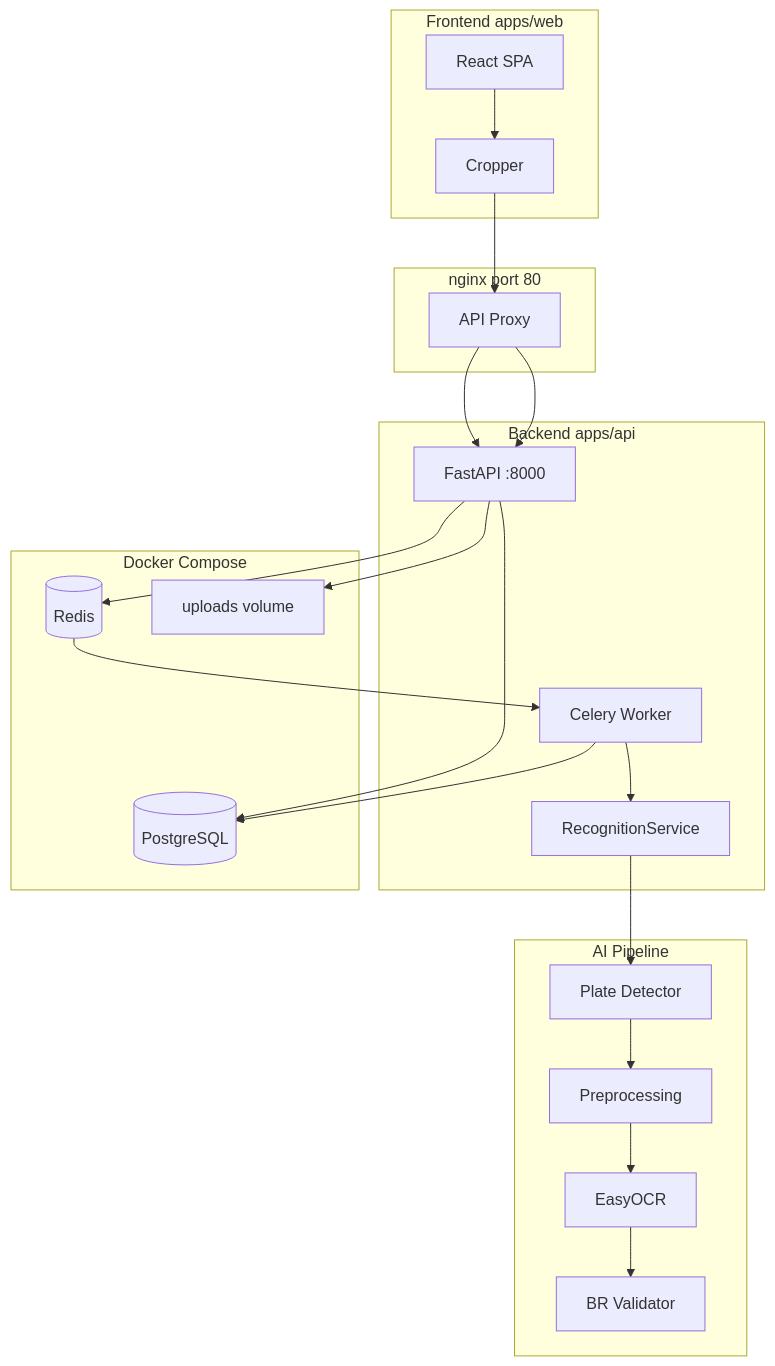
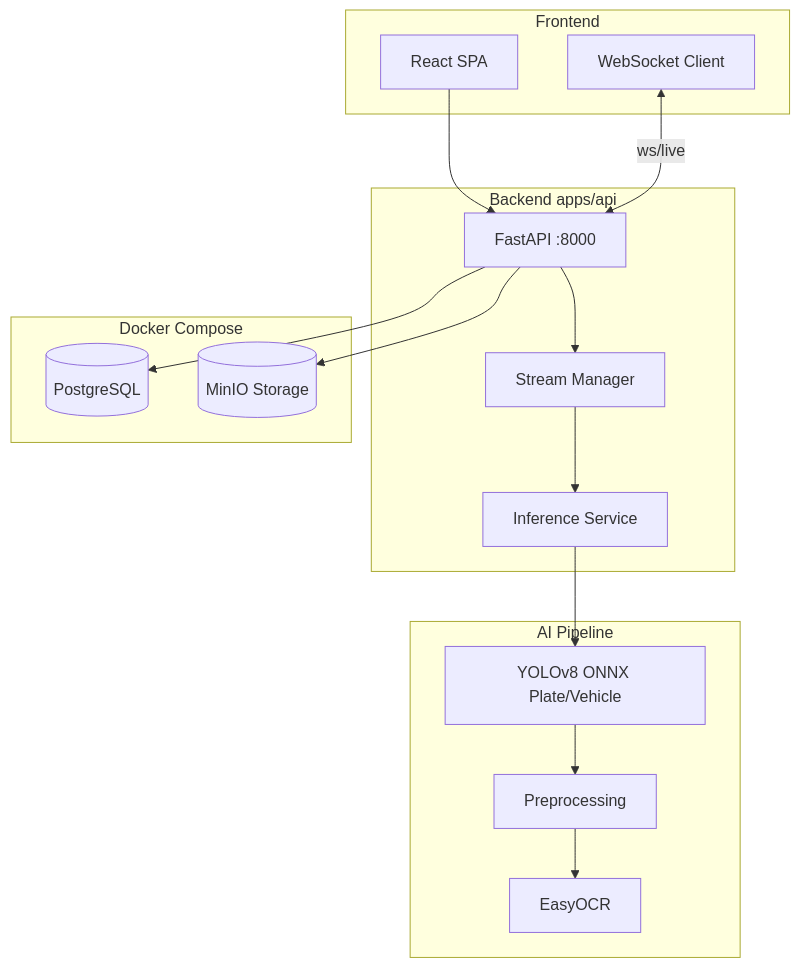
Before and after one commit to UET-121/BTL_AIT2004-2: the first of 2 diagrams in plan/_shared/02-target-architecture.md, drawn with Mermaid. The commit also changed other lines of this file and 89 other files, not shown here.

````diff
--- a/plan/_shared/02-target-architecture.md
+++ b/plan/_shared/02-target-architecture.md
@@ -5,40 +5,32 @@
 ```mermaid
 flowchart TB
-    subgraph client [Frontend apps/web]
+    subgraph client [Frontend]
         UI[React SPA]
-        Crop[Cropper]
-    end
-
-    subgraph gateway [nginx port 80]
-        Proxy[API Proxy]
+        WS[WebSocket Client]
     end
 
     subgraph backend [Backend apps/api]
         API[FastAPI :8000]
-        Worker[Celery Worker]
-        Recog[RecognitionService]
+        Recog[Inference Service]
+        Stream[Stream Manager]
     end
 
     subgraph ml [AI Pipeline]
-        Detect[Plate Detector]
+        Detect[YOLOv8 ONNX Plate/Vehicle]
         Pre[Preprocessing]
         OCR[EasyOCR]
-        Val[BR Validator]
     end
 
     subgraph infra [Docker Compose]
         PG[(PostgreSQL)]
-        Redis[(Redis)]
-        Vol[uploads volume]
+        MinIO[(MinIO Storage)]
     end
 
-    UI --> Crop --> Proxy --> API
-    Proxy --> API
+    UI --> API
+    WS <-->|ws/live| API
     API --> PG
-    API --> Redis
-    API --> Vol
-    Redis --> Worker
-    Worker --> Recog
-    Recog --> Detect --> Pre --> OCR --> Val
-    Worker --> PG
+    API --> MinIO
+    API --> Stream
+    Stream --> Recog
+    Recog --> Detect --> Pre --> OCR
 ```
````
